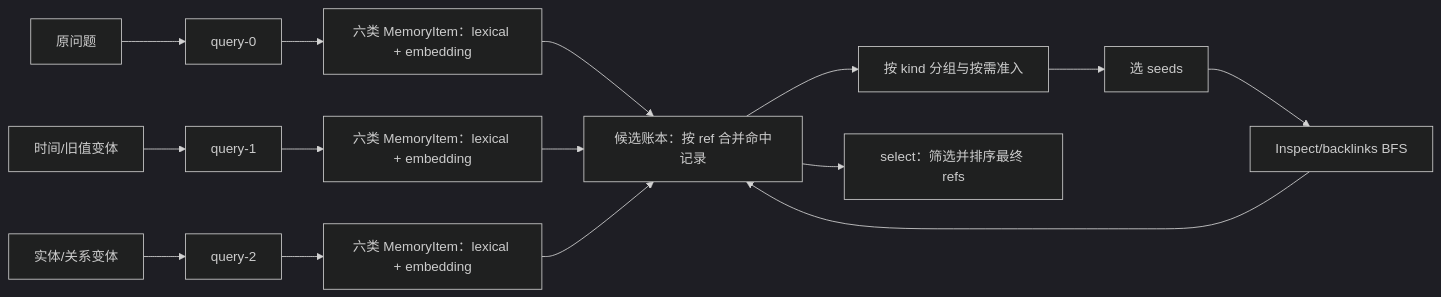
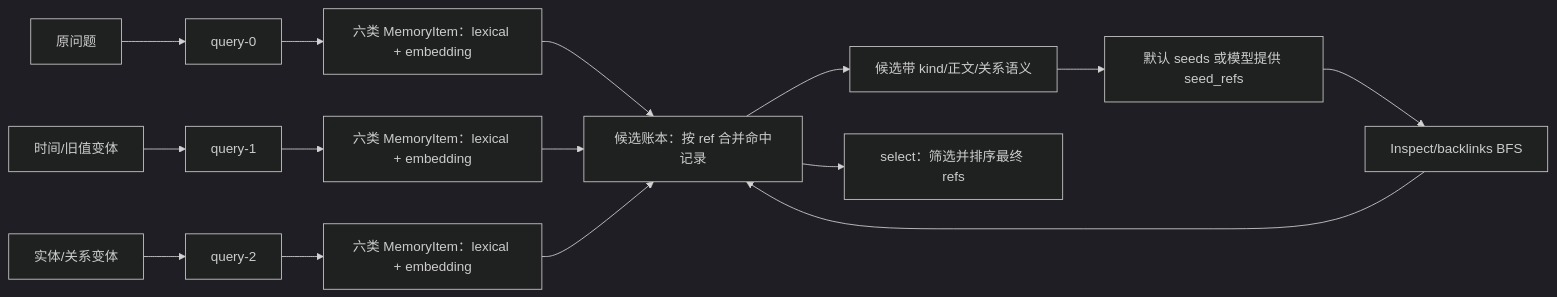
The third of 3 diagrams in docs/phase-2/method-improvement-plan.md (Graygoo7529/AM-Link), drawn with Mermaid (dark theme) before and after one commit. The commit also changed other lines of this file and 2 other files, not shown here.

````diff
--- a/docs/phase-2/method-improvement-plan.md
+++ b/docs/phase-2/method-improvement-plan.md
@@ -114,17 +148,17 @@
 ```mermaid
 flowchart LR
   Q0[原问题] --> R0[query-0]
   Q1[时间/旧值变体] --> R1[query-1]
   Q2[实体/关系变体] --> R2[query-2]
   R0 --> C0[六类 MemoryItem：lexical + embedding]
   R1 --> C1[六类 MemoryItem：lexical + embedding]
   R2 --> C2[六类 MemoryItem：lexical + embedding]
   C0 --> L[候选账本：按 ref 合并命中记录]
   C1 --> L
   C2 --> L
-  L --> F[按 kind 分组与按需准入]
-  F --> G[选 seeds]
+  L --> F[候选带 kind/正文/关系语义]
+  F --> G[默认 seeds 或模型提供 seed_refs]
   G --> H[Inspect/backlinks BFS]
   H --> L
   L --> S[select：筛选并排序最终 refs]
 ```
````
